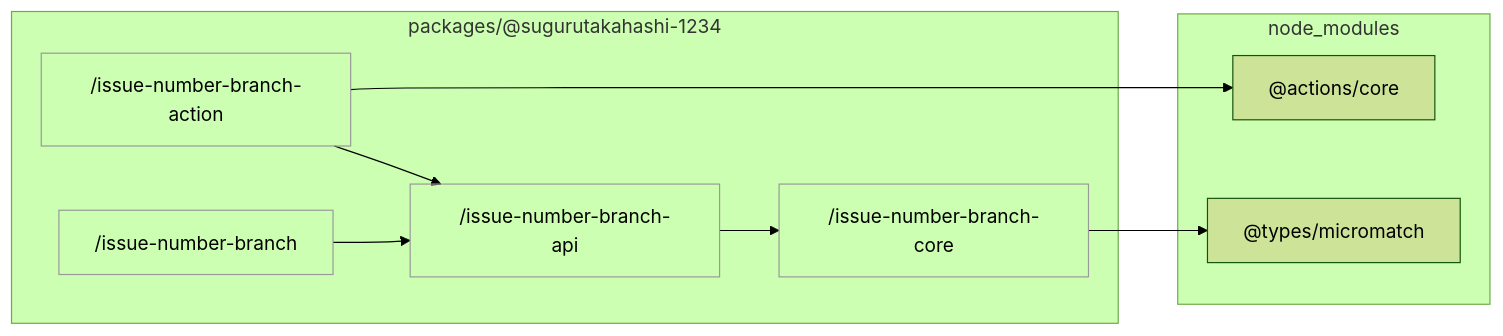
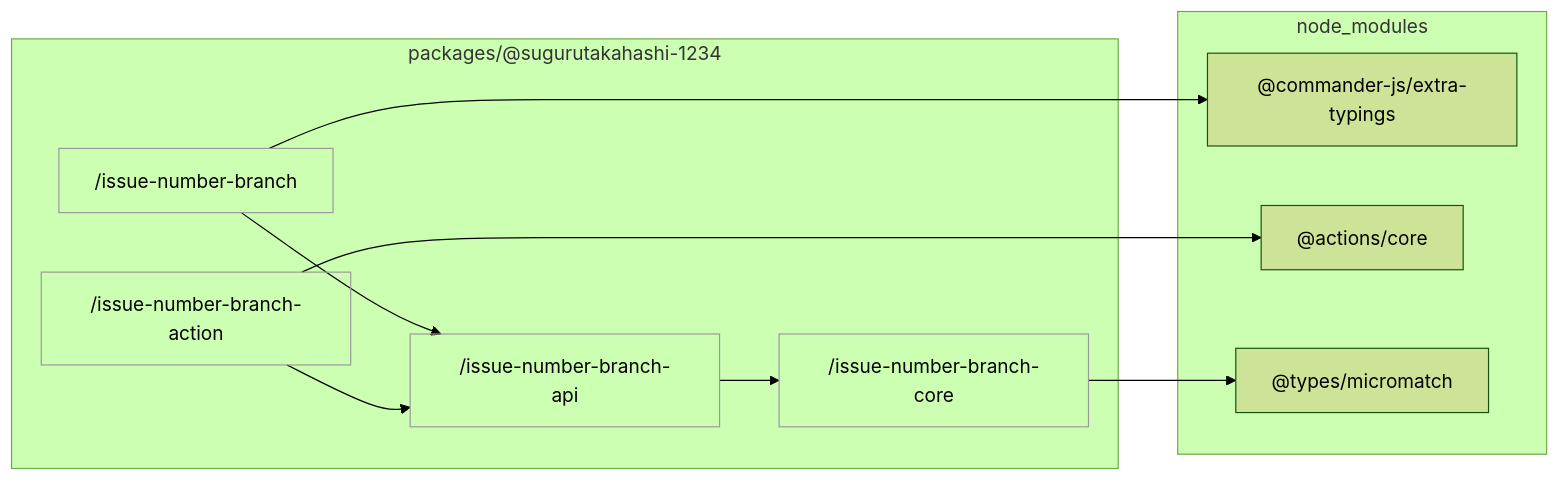
One commit to sugurutakahashi-1234/issue-linker changed the diagram in docs/reports/dependencies/overview.md. Above: the diagram before and after it, drawn with Mermaid (forest theme). The commit also changed 5 other files, not shown here.

First line of the commit message:
feat: update @commander-js/extra-typings [deps-change]

````diff
--- a/docs/reports/dependencies/overview.md
+++ b/docs/reports/dependencies/overview.md
@@ -7,19 +7,21 @@
 ```mermaid
 flowchart LR
     classDef dir fill:#0000,stroke:#999
     subgraph packages///sugurutakahashi//1234["packages/@sugurutakahashi-1234"]
         packages///sugurutakahashi//1234/issue//number//branch//core["/issue-number-branch-core"]:::dir
         packages///sugurutakahashi//1234/issue//number//branch//api["/issue-number-branch-api"]:::dir
         packages///sugurutakahashi//1234/issue//number//branch["/issue-number-branch"]:::dir
         packages///sugurutakahashi//1234/issue//number//branch//action["/issue-number-branch-action"]:::dir
     end
     subgraph node//modules["node_modules"]
+        node//modules///commander//js/extra//typings/index.d.ts["@commander-js/extra-typings"]
         node//modules///actions/core/lib/core.d.ts["@actions/core"]
         node//modules///types/micromatch/index.d.ts["@types/micromatch"]
     end
     packages///sugurutakahashi//1234/issue//number//branch//api-->packages///sugurutakahashi//1234/issue//number//branch//core
+    packages///sugurutakahashi//1234/issue//number//branch-->node//modules///commander//js/extra//typings/index.d.ts
     packages///sugurutakahashi//1234/issue//number//branch-->packages///sugurutakahashi//1234/issue//number//branch//api
     packages///sugurutakahashi//1234/issue//number//branch//action-->node//modules///actions/core/lib/core.d.ts
     packages///sugurutakahashi//1234/issue//number//branch//action-->packages///sugurutakahashi//1234/issue//number//branch//api
     packages///sugurutakahashi//1234/issue//number//branch//core-->node//modules///types/micromatch/index.d.ts
 ```
````
